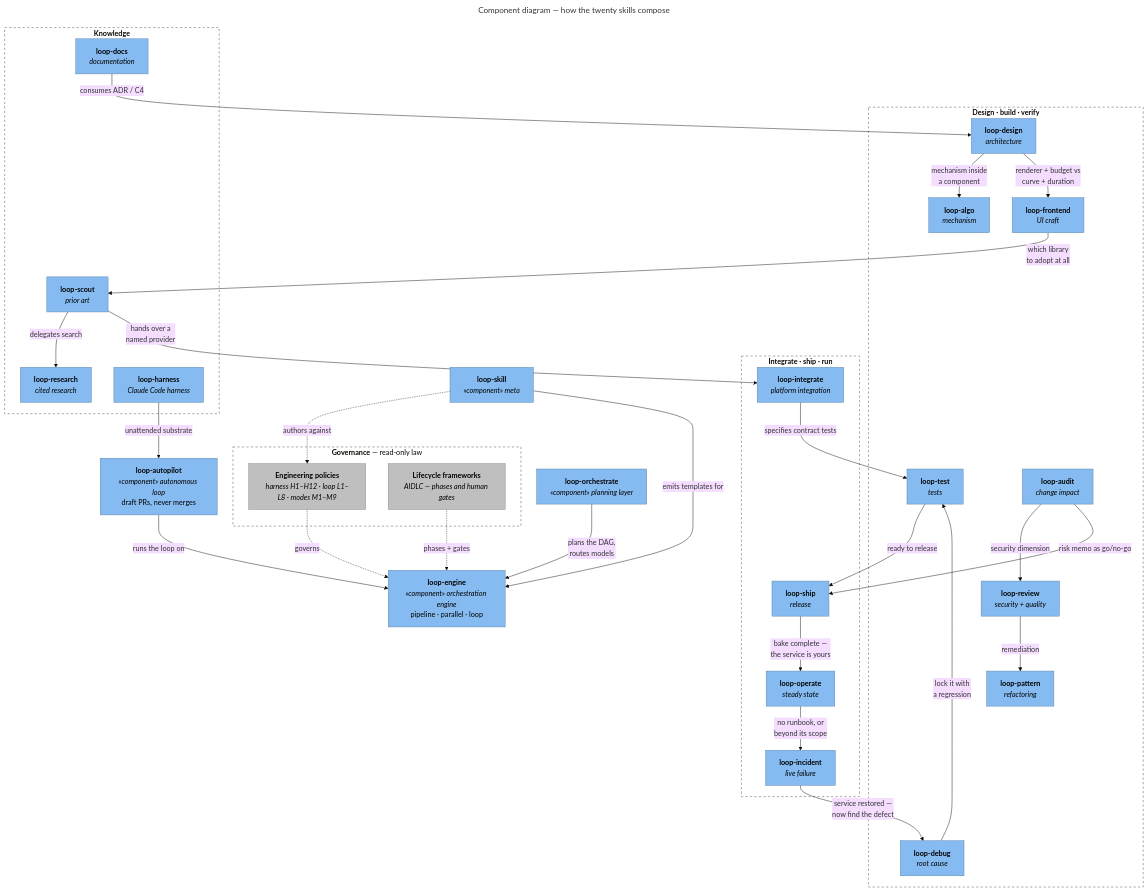
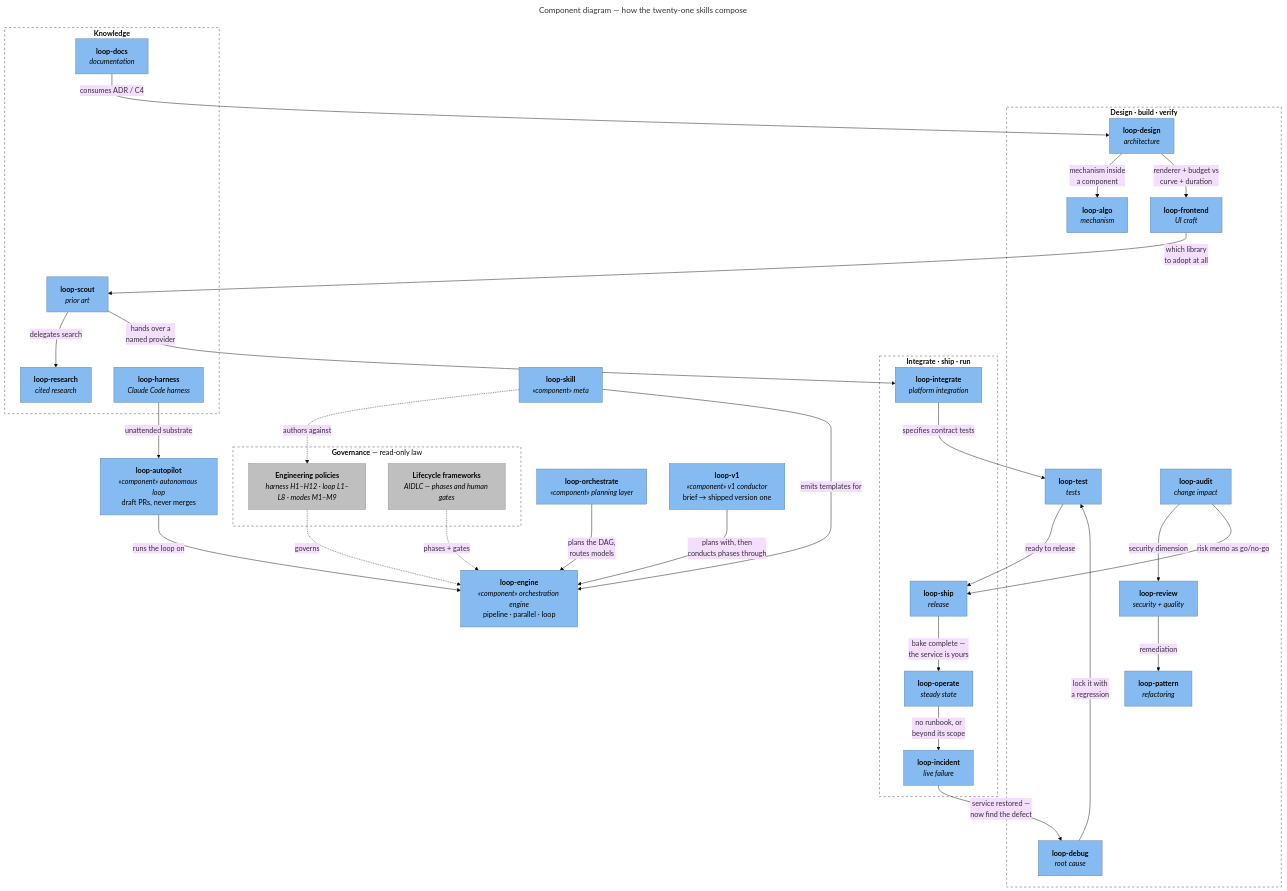
One commit to santapong/Proof changed the diagram in docs/c4/diagrams/src/skill-composition.mmd. Above: the diagram before and after it, drawn with Mermaid (base theme). The commit also changed 8 other files, not shown here.

First line of the commit message:
Refresh the C4 docs for v1.4.0: twenty-one skills, loop-v1 drawn in

```diff
--- a/docs/c4/diagrams/src/skill-composition.mmd
+++ b/docs/c4/diagrams/src/skill-composition.mmd
@@ -1,72 +1,74 @@
 ---
-title: "Component diagram — how the twenty skills compose"
+title: "Component diagram — how the twenty-one skills compose"
 ---
 flowchart TB
     subgraph gov["<b>Governance</b> — read-only law"]
         pol["<b>Engineering policies</b><br/><i>harness H1–H12 · loop L1–L8 · modes M1–M9</i>"]
         fw["<b>Lifecycle frameworks</b><br/><i>AIDLC — phases and human gates</i>"]
     end
 
     eng["<b>loop-engine</b><br/><i>«component» orchestration engine</i><br/>pipeline · parallel · loop"]
     orch["<b>loop-orchestrate</b><br/><i>«component» planning layer</i>"]
     auto["<b>loop-autopilot</b><br/><i>«component» autonomous loop</i><br/>draft PRs, never merges"]
     mk["<b>loop-skill</b><br/><i>«component» meta</i>"]
+    v1["<b>loop-v1</b><br/><i>«component» v1 conductor</i><br/>brief → shipped version one"]
 
     subgraph build["<b>Design · build · verify</b>"]
         design["<b>loop-design</b><br/><i>architecture</i>"]
         algo["<b>loop-algo</b><br/><i>mechanism</i>"]
         pat["<b>loop-pattern</b><br/><i>refactoring</i>"]
         fe["<b>loop-frontend</b><br/><i>UI craft</i>"]
         rev["<b>loop-review</b><br/><i>security + quality</i>"]
         test["<b>loop-test</b><br/><i>tests</i>"]
         aud["<b>loop-audit</b><br/><i>change impact</i>"]
         dbg["<b>loop-debug</b><br/><i>root cause</i>"]
     end
 
     subgraph run["<b>Integrate · ship · run</b>"]
         intg["<b>loop-integrate</b><br/><i>platform integration</i>"]
         ship["<b>loop-ship</b><br/><i>release</i>"]
         ops["<b>loop-operate</b><br/><i>steady state</i>"]
         inc["<b>loop-incident</b><br/><i>live failure</i>"]
     end
 
     subgraph know["<b>Knowledge</b>"]
         res["<b>loop-research</b><br/><i>cited research</i>"]
         scout["<b>loop-scout</b><br/><i>prior art</i>"]
         docs["<b>loop-docs</b><br/><i>documentation</i>"]
         harn["<b>loop-harness</b><br/><i>Claude Code harness</i>"]
     end
 
     pol -. "governs" .-> eng
     fw -. "phases + gates" .-> eng
     orch -- "plans the DAG,<br/>routes models" --> eng
     auto -- "runs the loop on" --> eng
     mk -. "authors against" .-> pol
     mk -- "emits templates for" --> eng
+    v1 -- "plans with, then<br/>conducts phases through" --> eng
 
     rev -- "remediation" --> pat
     aud -- "security dimension" --> rev
     aud -- "risk memo as go/no-go" --> ship
     docs -- "consumes ADR / C4" --> design
     scout -- "delegates search" --> res
     scout -- "hands over a<br/>named provider" --> intg
     intg -- "specifies contract tests" --> test
     design -- "mechanism inside<br/>a component" --> algo
     design -- "renderer + budget vs<br/>curve + duration" --> fe
     fe -- "which library<br/>to adopt at all" --> scout
     harn -- "unattended substrate" --> auto
 
     ops -- "no runbook, or<br/>beyond its scope" --> inc
     inc -- "service restored —<br/>now find the defect" --> dbg
     dbg -- "lock it with<br/>a regression" --> test
     test -- "ready to release" --> ship
     ship -- "bake complete —<br/>the service is yours" --> ops
 
     classDef component fill:#85BBF0,stroke:#5D82A8,color:#000
     classDef law fill:#BFBFBF,stroke:#8A8A8A,color:#000
-    class eng,orch,auto,mk,design,algo,pat,fe,rev,test,aud,dbg,intg,ship,ops,inc,res,scout,docs,harn component
+    class eng,orch,auto,mk,v1,design,algo,pat,fe,rev,test,aud,dbg,intg,ship,ops,inc,res,scout,docs,harn component
     class pol,fw law
     style gov fill:none,stroke:#444444,stroke-dasharray:5 5
     style build fill:none,stroke:#444444,stroke-dasharray:5 5
     style run fill:none,stroke:#444444,stroke-dasharray:5 5
     style know fill:none,stroke:#444444,stroke-dasharray:5 5
```
